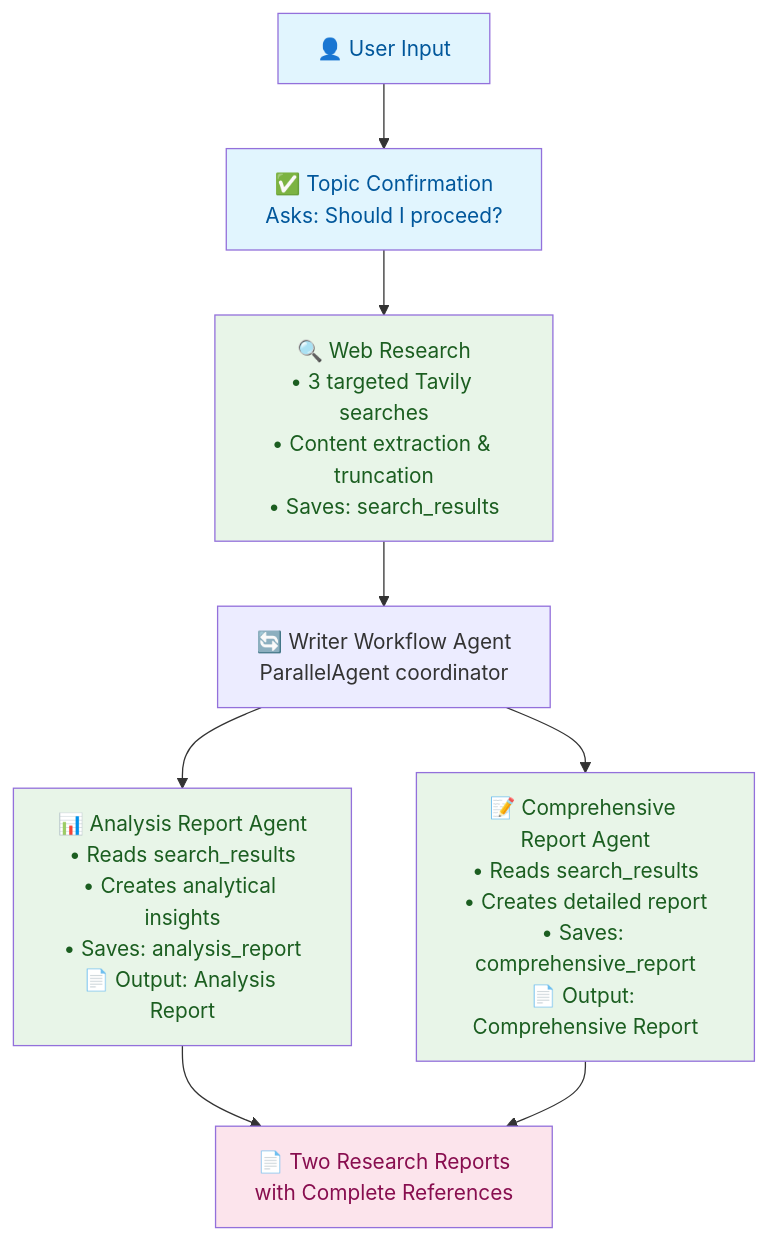
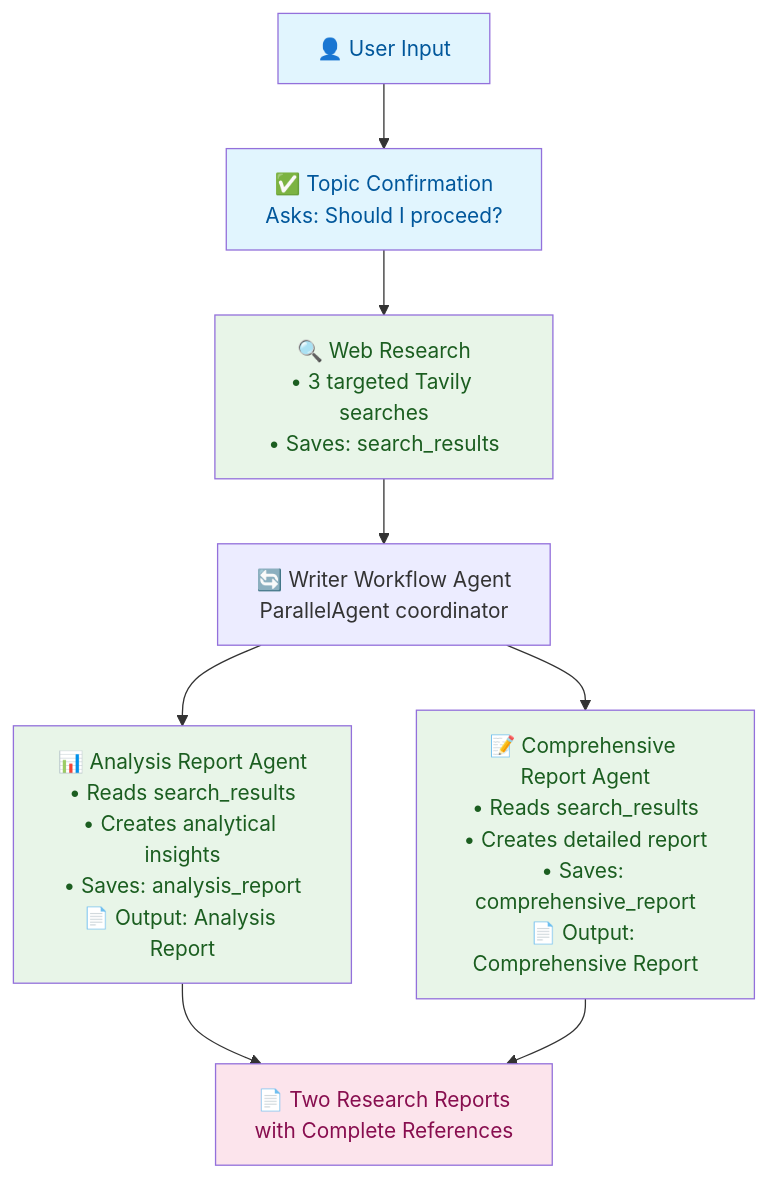
Before and after one commit to IQAIcom/adk-ts-samples: the diagram in agents/research-assistant/README.md, drawn with Mermaid. The commit also changed other lines of this file and 1 other file, not shown here.

Commit message:
fix: update README for Research Assistant to clarify agent structure and workflow

````diff
--- a/agents/research-assistant/README.md
+++ b/agents/research-assistant/README.md
@@ -56,26 +56,26 @@
 ```mermaid
 graph TB
     %% User Interaction
     User[👤 User Input] --> Confirm[✅ Topic Confirmation<br/>Asks: Should I proceed?]
 
     %% Research Process
-    Confirm --> Search[🔍 Web Research<br/>• 3 targeted Tavily searches<br/>• Content extraction & truncation<br/>• Saves: search_results]
+    Confirm --> Search[🔍 Web Research<br/>• 3 targeted Tavily searches<br/>• Saves: search_results]
 
     Search --> WriterWorkflow[🔄 Writer Workflow Agent<br/>ParallelAgent coordinator]
     
     WriterWorkflow --> AnalysisAgent[📊 Analysis Report Agent<br/>• Reads search_results<br/>• Creates analytical insights<br/>• Saves: analysis_report<br/>📄 Output: Analysis Report]
     
     WriterWorkflow --> ReportAgent[📝 Comprehensive Report Agent<br/>• Reads search_results<br/>• Creates detailed report<br/>• Saves: comprehensive_report<br/>📄 Output: Comprehensive Report]
 
     AnalysisAgent --> Output[📄 Two Research Reports<br/>with Complete References]
     ReportAgent --> Output
 
     %% Styling
     classDef userLayer fill:#e1f5fe,color:#01579b
     classDef agentLayer fill:#e8f5e8,color:#1b5e20
     classDef outputLayer fill:#fce4ec,color:#880e4f
 
     class User,Confirm userLayer
     class Search,ResearchAgent,AnalysisAgent,ReportAgent agentLayer
     class Output outputLayer
 ```
````
